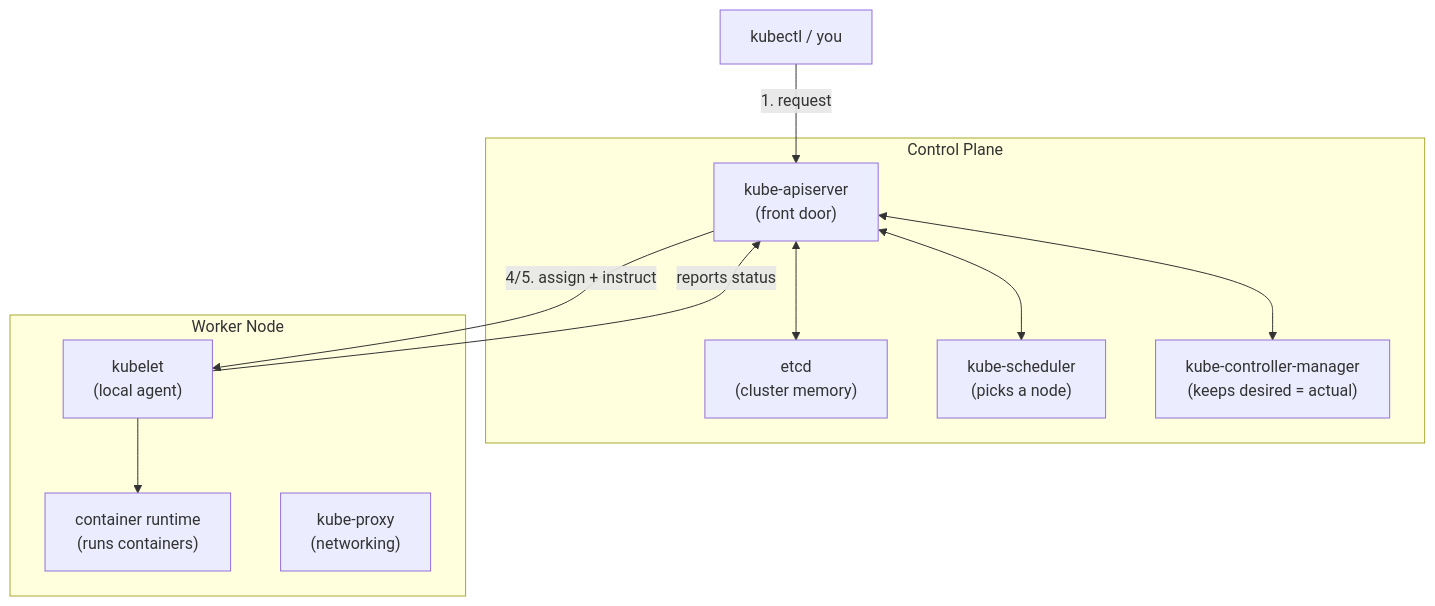
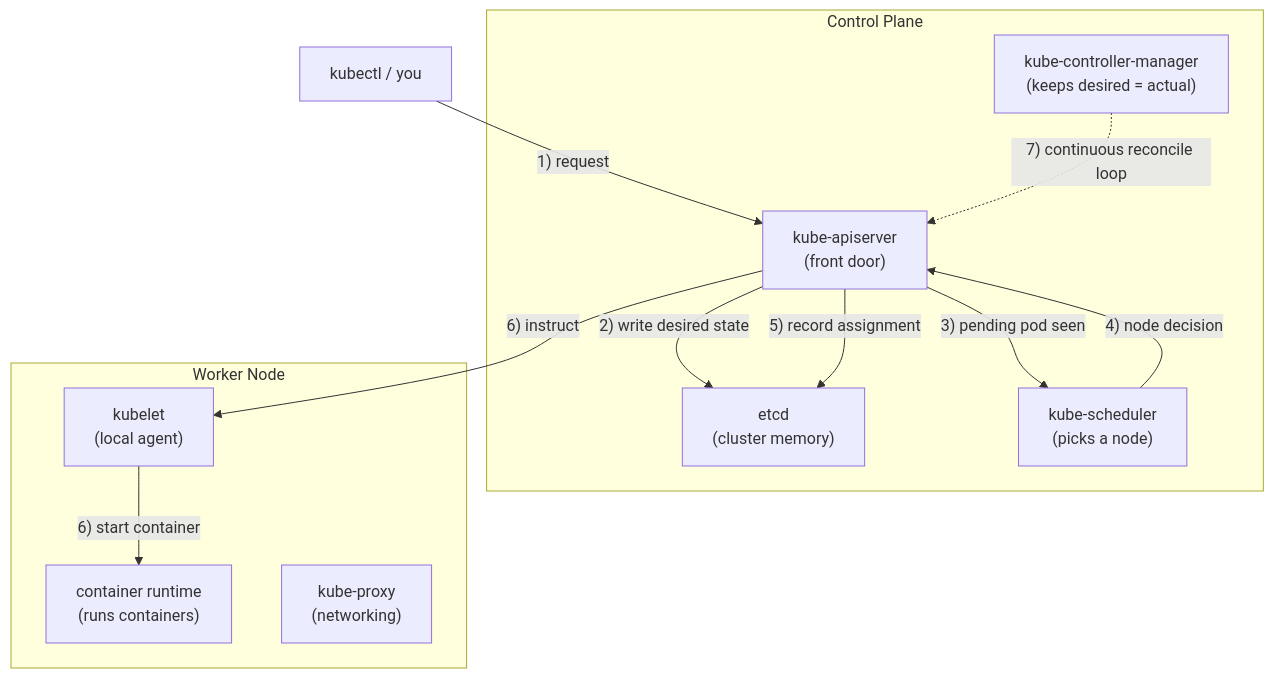
Before and after one commit to shoaibshah110/kubernetes-certifications: the diagram in cka/core-concepts/architecture.md, drawn with Mermaid. The commit also changed other lines of this file, not shown here.

Commit message:
Clarify request-flow diagram with numbered, directional arrows

````diff
--- a/cka/core-concepts/architecture.md
+++ b/cka/core-concepts/architecture.md
@@ -50,23 +51,26 @@
 ```mermaid
 flowchart TB
+    USER["kubectl / you"]
+
     subgraph CP["Control Plane"]
         API["kube-apiserver<br/>(front door)"]
         ETCD["etcd<br/>(cluster memory)"]
         SCHED["kube-scheduler<br/>(picks a node)"]
         CM["kube-controller-manager<br/>(keeps desired = actual)"]
-        API <--> ETCD
-        API <--> SCHED
-        API <--> CM
     end
 
     subgraph WN["Worker Node"]
         KUBELET["kubelet<br/>(local agent)"]
         RUNTIME["container runtime<br/>(runs containers)"]
         PROXY["kube-proxy<br/>(networking)"]
-        KUBELET --> RUNTIME
     end
 
-    USER["kubectl / you"] -->|"1. request"| API
-    API -->|"4/5. assign + instruct"| KUBELET
-    KUBELET -->|"reports status"| API
+    USER -->|"1) request"| API
+    API -->|"2) write desired state"| ETCD
+    API -->|"3) pending pod seen"| SCHED
+    SCHED -->|"4) node decision"| API
+    API -->|"5) record assignment"| ETCD
+    API -->|"6) instruct"| KUBELET
+    KUBELET -->|"6) start container"| RUNTIME
+    CM -.->|"7) continuous reconcile loop"| API
 ```
````
